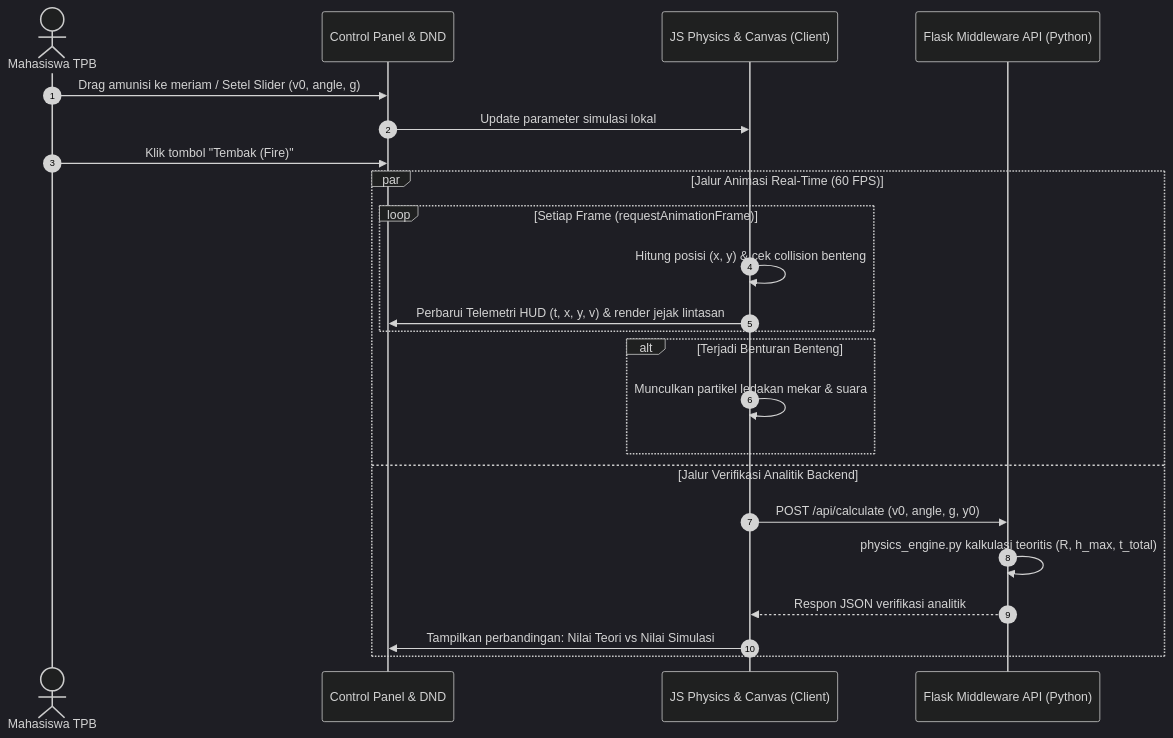
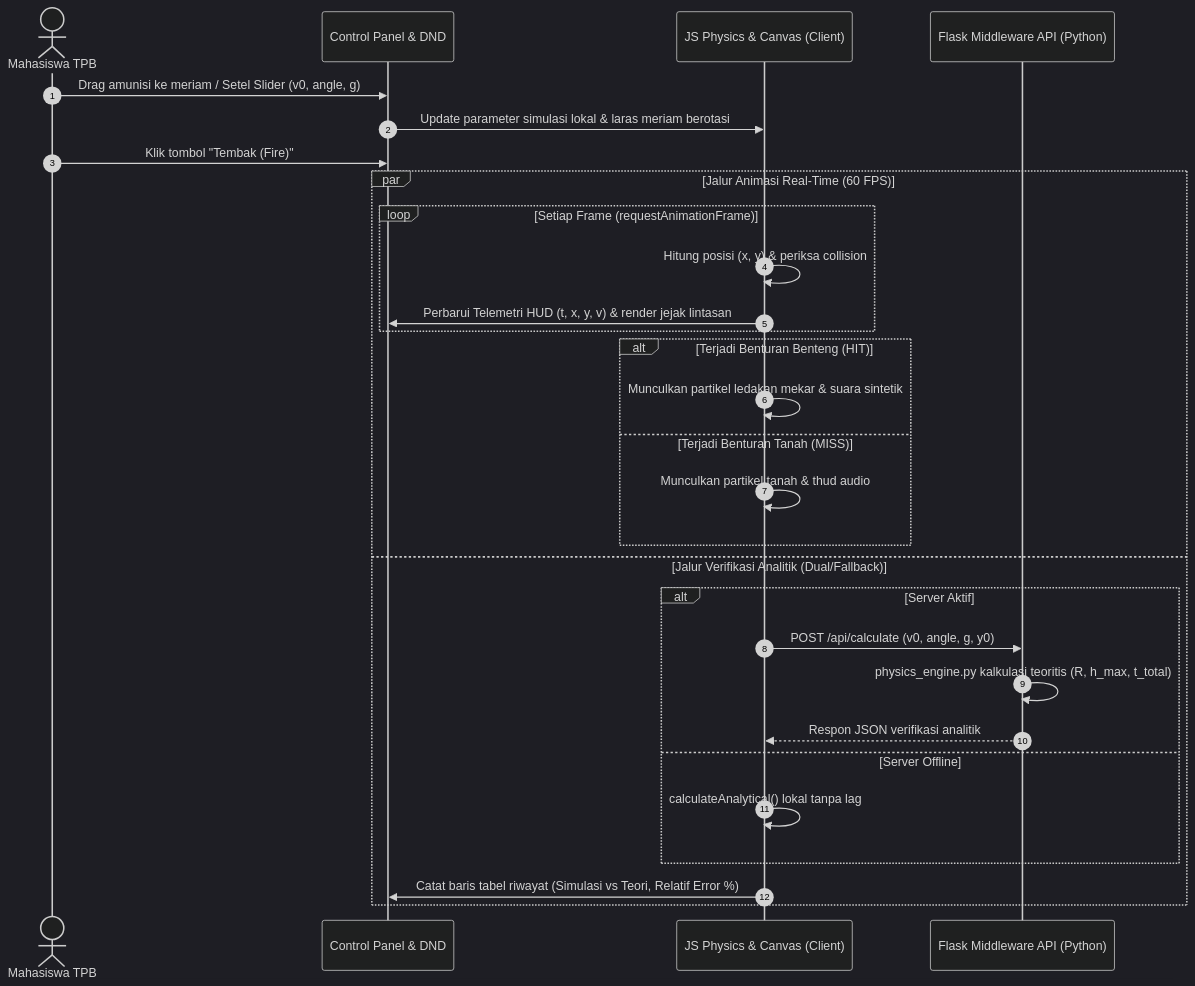
Before and after one commit to evantanuri/TugasVirtualLabPWAM: the diagram in PLAN.md, drawn with Mermaid (dark theme). The commit also changed other lines of this file and 26 other files, not shown here.

````diff
--- a/PLAN.md
+++ b/PLAN.md
@@ -144,27 +166,33 @@
 ```mermaid
 sequenceDiagram
     autonumber
     actor User as Mahasiswa TPB
     participant UI as Control Panel & DND
     participant Engine as JS Physics & Canvas (Client)
     participant Flask as Flask Middleware API (Python)
 
     User->>UI: Drag amunisi ke meriam / Setel Slider (v0, angle, g)
-    UI->>Engine: Update parameter simulasi lokal
+    UI->>Engine: Update parameter simulasi lokal & laras meriam berotasi
     User->>UI: Klik tombol "Tembak (Fire)"
     
     par Jalur Animasi Real-Time (60 FPS)
         loop Setiap Frame (requestAnimationFrame)
-            Engine->>Engine: Hitung posisi (x, y) & cek collision benteng
+            Engine->>Engine: Hitung posisi (x, y) & periksa collision
             Engine->>UI: Perbarui Telemetri HUD (t, x, y, v) & render jejak lintasan
         end
-        alt Terjadi Benturan Benteng
-            Engine->>Engine: Munculkan partikel ledakan mekar & suara
+        alt Terjadi Benturan Benteng (HIT)
+            Engine->>Engine: Munculkan partikel ledakan mekar & suara sintetik
+        else Terjadi Benturan Tanah (MISS)
+            Engine->>Engine: Munculkan partikel tanah & thud audio
         end
-    and Jalur Verifikasi Analitik Backend
-        Engine->>Flask: POST /api/calculate (v0, angle, g, y0)
-        Flask->>Flask: physics_engine.py kalkulasi teoritis (R, h_max, t_total)
-        Flask-->>Engine: Respon JSON verifikasi analitik
-        Engine->>UI: Tampilkan perbandingan: Nilai Teori vs Nilai Simulasi
+    and Jalur Verifikasi Analitik (Dual/Fallback)
+        alt Server Aktif
+            Engine->>Flask: POST /api/calculate (v0, angle, g, y0)
+            Flask->>Flask: physics_engine.py kalkulasi teoritis (R, h_max, t_total)
+            Flask-->>Engine: Respon JSON verifikasi analitik
+        else Server Offline
+            Engine->>Engine: calculateAnalytical() lokal tanpa lag
+        end
+        Engine->>UI: Catat baris tabel riwayat (Simulasi vs Teori, Relatif Error %)
     end
 ```
````
